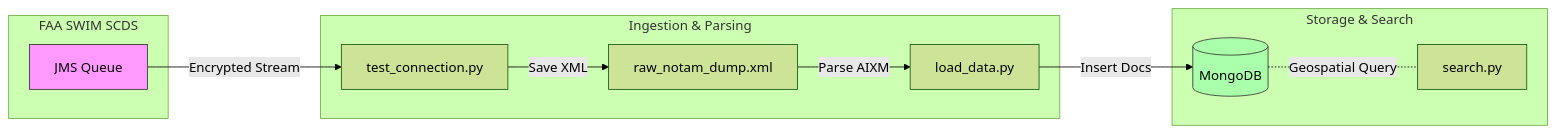
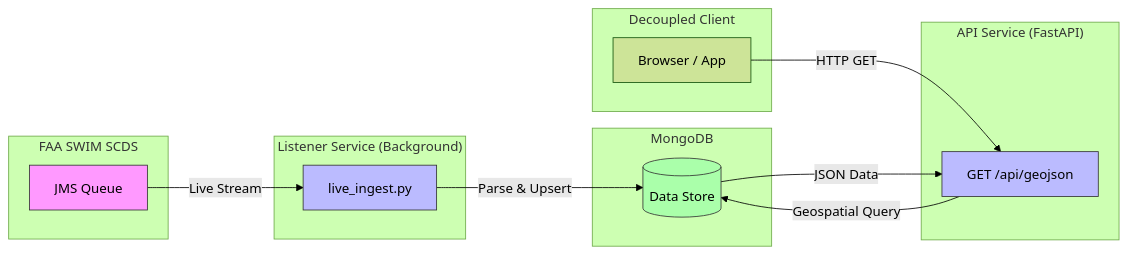
One commit to jamesbarker185/map-notam-api-v1 changed the diagram in README.md. Above: the diagram before and after it, drawn with Mermaid (forest theme). The commit also changed other lines of this file and 6 other files, not shown here.

````diff
--- a/README.md
+++ b/README.md
@@ -14,26 +17,33 @@
 ```mermaid
 graph LR
     subgraph FAA_SWIM ["FAA SWIM SCDS"]
         A[JMS Queue]
     end
 
-    subgraph Ingestion ["Ingestion & Parsing"]
-        B[test_connection.py]
-        C[raw_notam_dump.xml]
-        D[load_data.py]
+    subgraph Service_Listener ["Listener Service (Background)"]
+        B[live_ingest.py]
     end
 
-    subgraph Storage_Search ["Storage & Search"]
-        E[(MongoDB)]
-        F[search.py]
+    subgraph Service_API ["API Service (FastAPI)"]
+        D[GET /api/geojson]
     end
 
-    A -- "Encrypted Stream" --> B
-    B -- "Save XML" --> C
-    C -- "Parse AIXM" --> D
-    D -- "Insert Docs" --> E
-    E -. "Geospatial Query" .- F
+    subgraph Storage ["MongoDB"]
+        C[(Data Store)]
+    end
 
+    subgraph Frontend ["Decoupled Client"]
+        E[Browser / App]
+    end
+
+    A -- "Live Stream" --> B
+    B -- "Parse & Upsert" --> C
+    E -- "HTTP GET" --> D
+    D -- "Geospatial Query" --> C
+    C -- "JSON Data" --> D
+    
     style A fill:#f9f,stroke:#333
-    style E fill:#afa,stroke:#333
+    style C fill:#afa,stroke:#333
+    style B fill:#bbf,stroke:#333
+    style D fill:#bbf,stroke:#333
 ```
````
